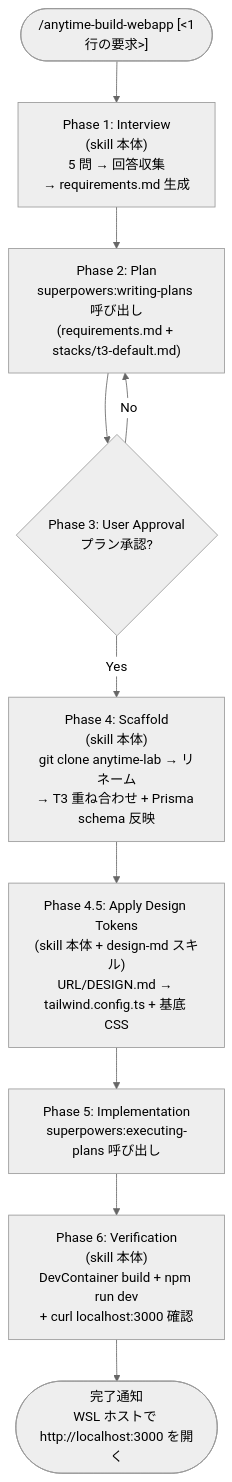
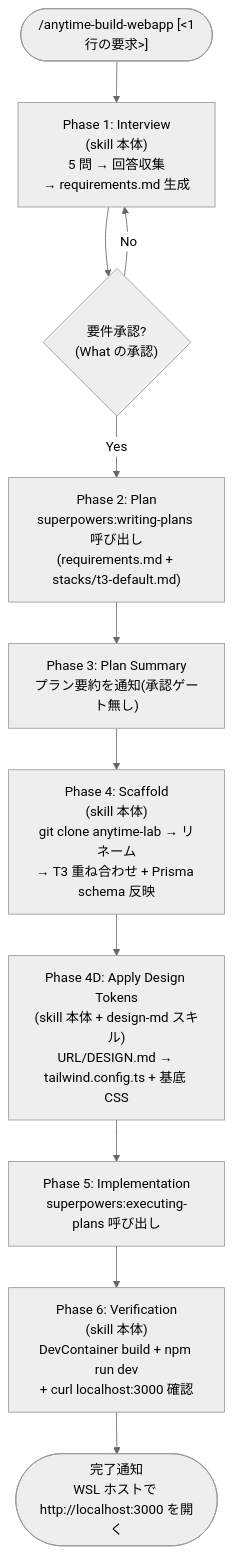
Before and after one commit to anytime-trial/anytime-markdown: the diagram in .claude/skills/anytime-build-webapp/DESIGN.ja.md, drawn with Mermaid (neutral theme). The commit also changed other lines of this file and 14 other files, not shown here.

````diff
--- a/.claude/skills/anytime-build-webapp/DESIGN.ja.md
+++ b/.claude/skills/anytime-build-webapp/DESIGN.ja.md
@@ -196,14 +196,15 @@
 ```mermaid
 flowchart TD
     Start(["/anytime-build-webapp [&lt;1行の要求&gt;]"]) --> P1
-    P1["Phase 1: Interview<br/>(skill 本体)<br/>5 問 → 回答収集<br/>→ requirements.md 生成"] --> P2
+    P1["Phase 1: Interview<br/>(skill 本体)<br/>5 問 → 回答収集<br/>→ requirements.md 生成"] --> A1
+    A1{"要件承認?<br/>(What の承認)"}
+    A1 -- No --> P1
+    A1 -- Yes --> P2
     P2["Phase 2: Plan<br/>superpowers:writing-plans 呼び出し<br/>(requirements.md + stacks/t3-default.md)"] --> P3
-    P3{"Phase 3: User Approval<br/>プラン承認?"}
-    P3 -- No --> P2
-    P3 -- Yes --> P4
+    P3["Phase 3: Plan Summary<br/>プラン要約を通知(承認ゲート無し)"] --> P4
     P4["Phase 4: Scaffold<br/>(skill 本体)<br/>git clone anytime-lab → リネーム<br/>→ T3 重ね合わせ + Prisma schema 反映"] --> P45
-    P45["Phase 4.5: Apply Design Tokens<br/>(skill 本体 + design-md スキル)<br/>URL/DESIGN.md → tailwind.config.ts + 基底 CSS"] --> P5
+    P45["Phase 4D: Apply Design Tokens<br/>(skill 本体 + design-md スキル)<br/>URL/DESIGN.md → tailwind.config.ts + 基底 CSS"] --> P5
     P5["Phase 5: Implementation<br/>superpowers:executing-plans 呼び出し"] --> P6
     P6["Phase 6: Verification<br/>(skill 本体)<br/>DevContainer build + npm run dev<br/>+ curl localhost:3000 確認"] --> End
     End(["完了通知<br/>WSL ホストで http://localhost:3000 を開く"])
 ```
````
